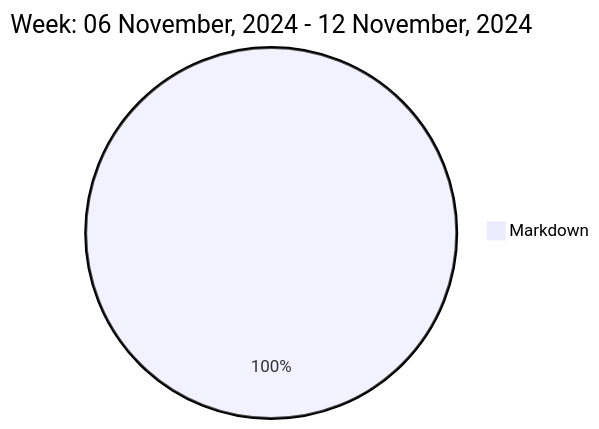
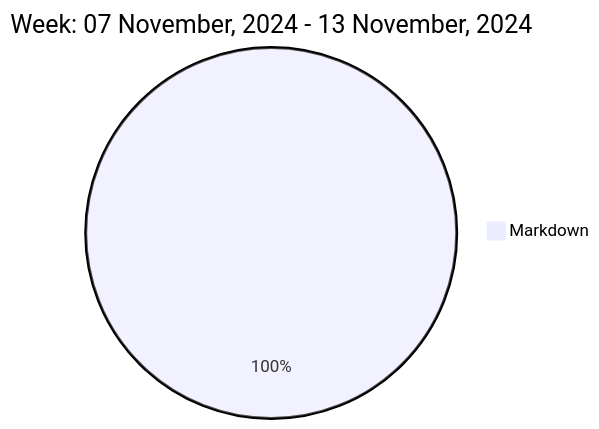
Before and after one commit to liubin95/liubin95: the diagram in README.md, drawn with Mermaid.

Commit message:
Updated the Graph with new Metrics

````diff
--- a/README.md
+++ b/README.md
@@ -37,5 +37,5 @@
 ```mermaid
  pie
-title Week: 06 November, 2024 - 12 November, 2024
- "Markdown" : 2.4
+title Week: 07 November, 2024 - 13 November, 2024
+ "Markdown" : 2.12
 ```
````
